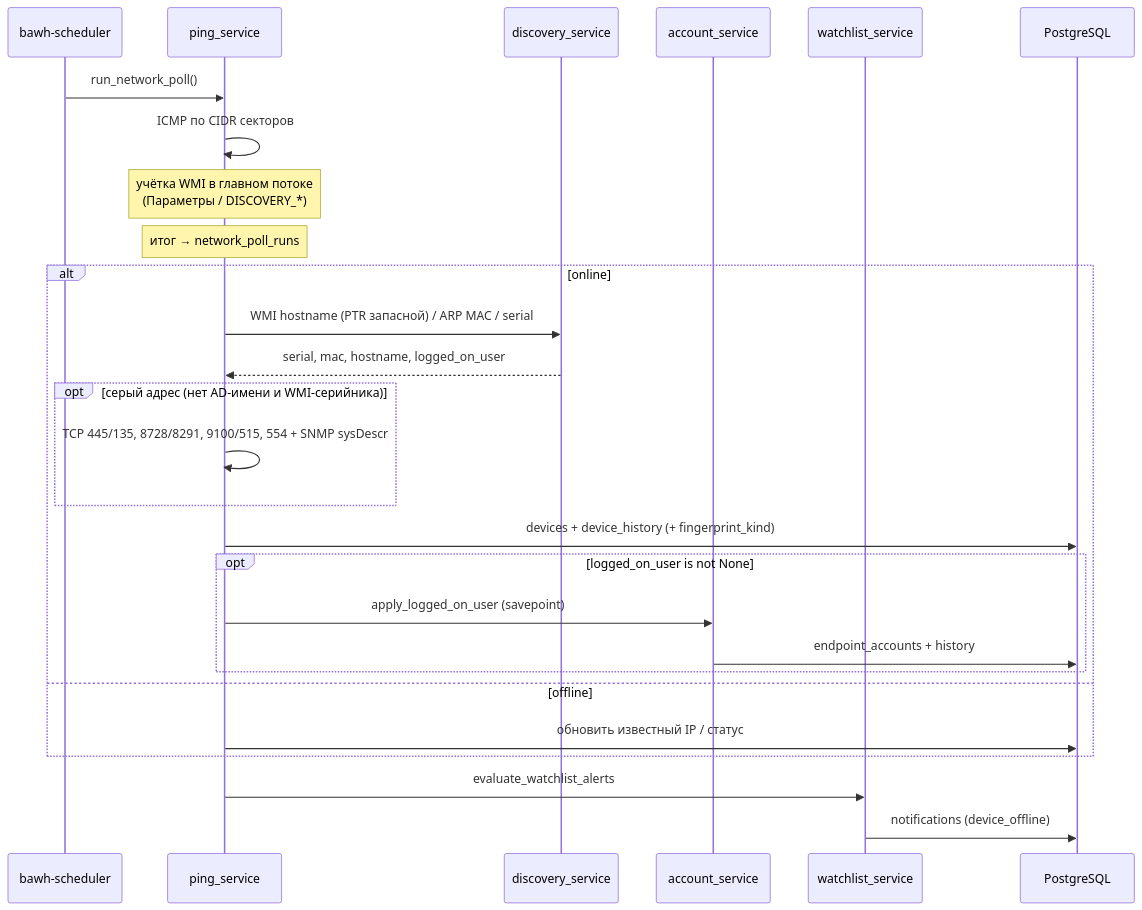
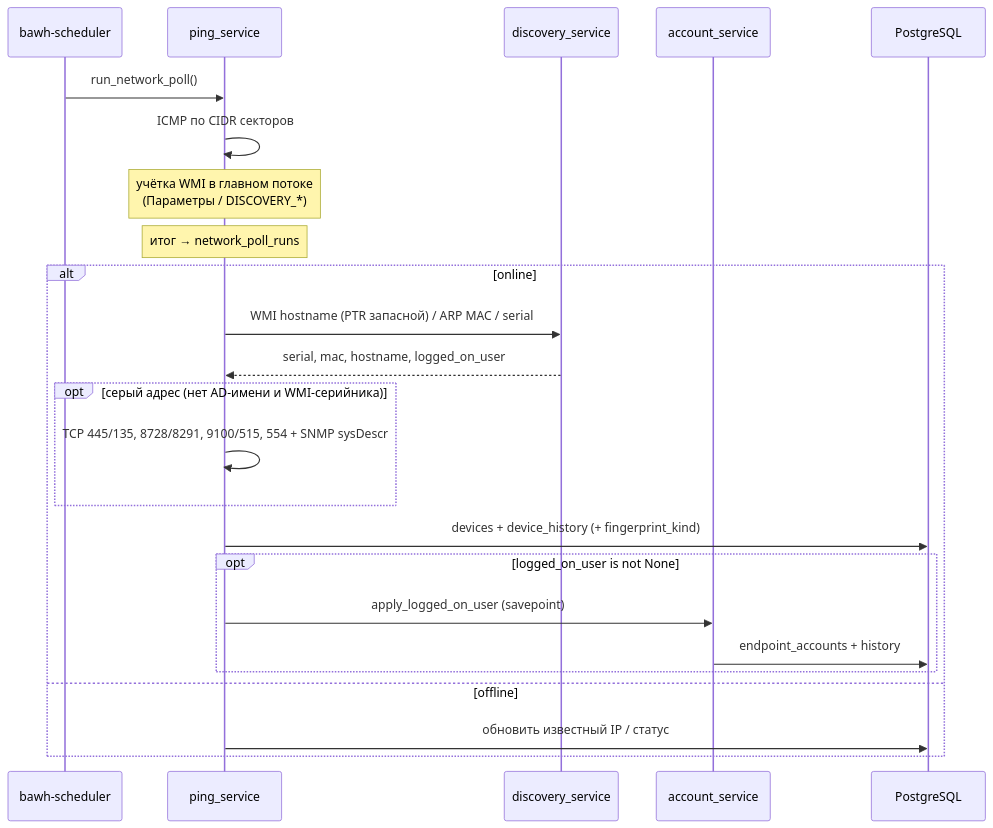
Before and after one commit to blazerity/admin-webhelper: the second of 2 diagrams in docs/ARCHITECTURE.md, drawn with Mermaid. The commit also changed other lines of this file and 12 other files, not shown here.

First line of the commit message:
chore(v1.6.4): удалить watchlist и мёртвый device_check

````diff
--- a/docs/ARCHITECTURE.md
+++ b/docs/ARCHITECTURE.md
@@ -532,30 +528,27 @@
 ```mermaid
 sequenceDiagram
   participant Sch as bawh-scheduler
   participant Ping as ping_service
   participant Disc as discovery_service
   participant Acc as account_service
-  participant WL as watchlist_service
   participant DB as PostgreSQL
 
   Sch->>Ping: run_network_poll()
   Ping->>Ping: ICMP по CIDR секторов
   Note over Ping: учётка WMI в главном потоке<br/>(Параметры / DISCOVERY_*)
   Note over Ping: итог → network_poll_runs
   alt online
     Ping->>Disc: WMI hostname (PTR запасной) / ARP MAC / serial
     Disc-->>Ping: serial, mac, hostname, logged_on_user
     opt серый адрес (нет AD-имени и WMI-серийника)
       Ping->>Ping: TCP 445/135, 8728/8291, 9100/515, 554 + SNMP sysDescr
     end
     Ping->>DB: devices + device_history (+ fingerprint_kind)
     opt logged_on_user is not None
       Ping->>Acc: apply_logged_on_user (savepoint)
       Acc->>DB: endpoint_accounts + history
     end
   else offline
     Ping->>DB: обновить известный IP / статус
   end
-  Ping->>WL: evaluate_watchlist_alerts
-  WL->>DB: notifications (device_offline)
 ```
````
